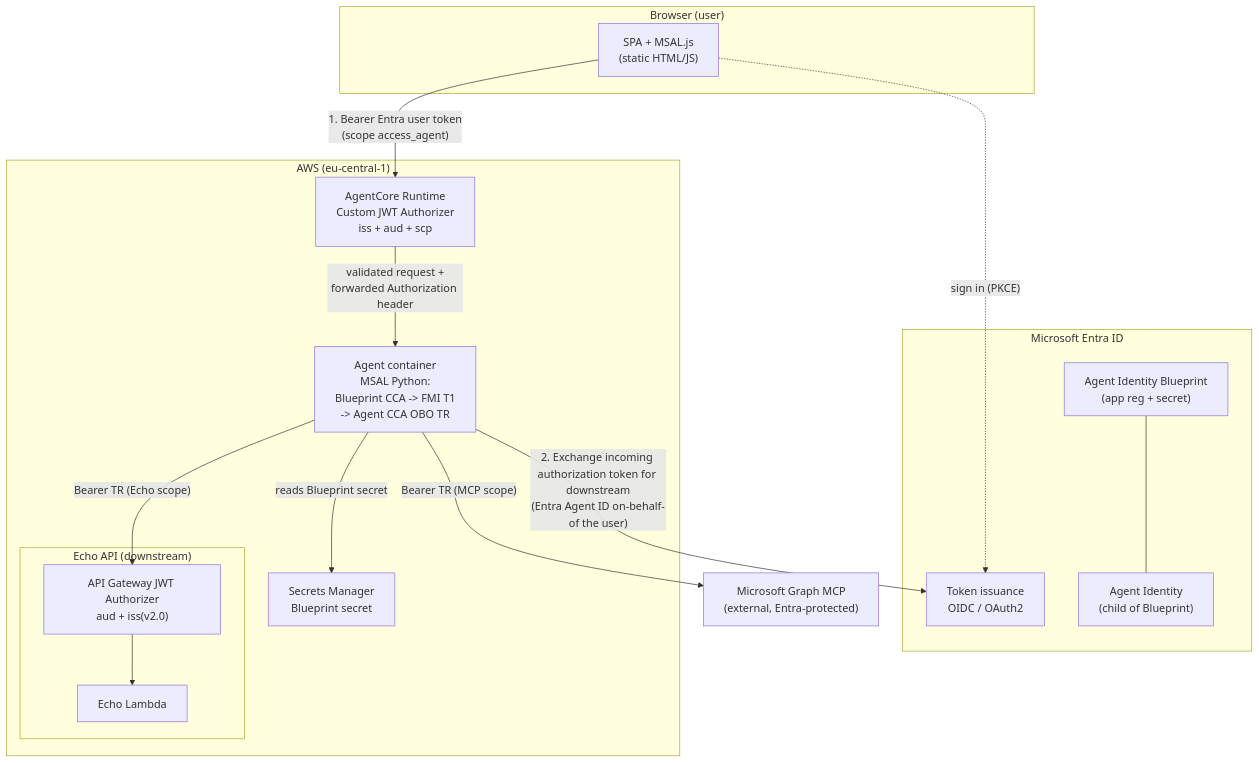
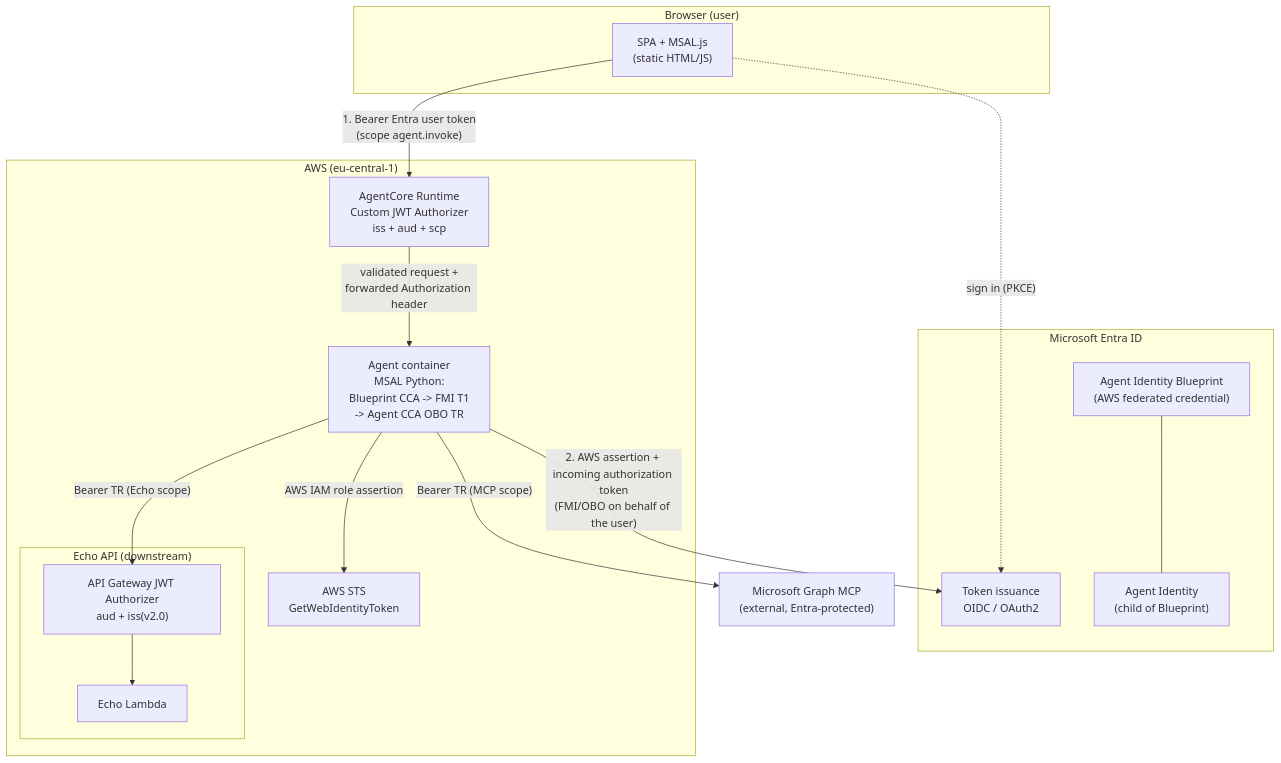
The diagram in README.md (astaykov/agentid-agentcore), drawn with Mermaid before and after one commit. The commit also changed other lines of this file and 10 other files, not shown here.

````diff
--- a/README.md
+++ b/README.md
@@ -24,34 +24,34 @@
 ```mermaid
 flowchart TD
     subgraph Browser["Browser (user)"]
         SPA["SPA + MSAL.js<br/>(static HTML/JS)"]
     end
 
     subgraph Entra["Microsoft Entra ID"]
         IDP["Token issuance<br/>OIDC / OAuth2"]
-        BP["Agent Identity Blueprint<br/>(app reg + secret)"]
+        BP["Agent Identity Blueprint<br/>(AWS federated credential)"]
         AID["Agent Identity<br/>(child of Blueprint)"]
     end
 
     subgraph AWS["AWS (eu-central-1)"]
         AUTHZ["AgentCore Runtime<br/>Custom JWT Authorizer<br/>iss + aud + scp"]
         AGENT["Agent container<br/>MSAL Python:<br/>Blueprint CCA -> FMI T1<br/>-> Agent CCA OBO TR"]
-        SM["Secrets Manager<br/>Blueprint secret"]
+        STS["AWS STS<br/>GetWebIdentityToken"]
         subgraph EchoStack["Echo API (downstream)"]
             EAUTHZ["API Gateway JWT Authorizer<br/>aud + iss(v2.0)"]
             ELAMBDA["Echo Lambda"]
         end
     end
 
     GRAPH["Microsoft Graph MCP<br/>(external, Entra-protected)"]
 
-    SPA -->|"1. Bearer Entra user token<br/>(scope access_agent)"| AUTHZ
+    SPA -->|"1. Bearer Entra user token<br/>(scope agent.invoke)"| AUTHZ
     AUTHZ -->|"validated request +<br/>forwarded Authorization header"| AGENT
-    AGENT -->|"reads Blueprint secret"| SM
-    AGENT -->|"2. Exchange incoming authorization token for downstream<br/>(Entra Agent ID on-behalf-of the user)"| IDP
+    AGENT -->|"AWS IAM role assertion"| STS
+    AGENT -->|"2. AWS assertion + incoming authorization token<br/>(FMI/OBO on behalf of the user)"| IDP
     AGENT -->|"Bearer TR (Echo scope)"| EAUTHZ
     EAUTHZ --> ELAMBDA
     AGENT -->|"Bearer TR (MCP scope)"| GRAPH
     SPA -.->|"sign in (PKCE)"| IDP
     BP --- AID
 ```
````
